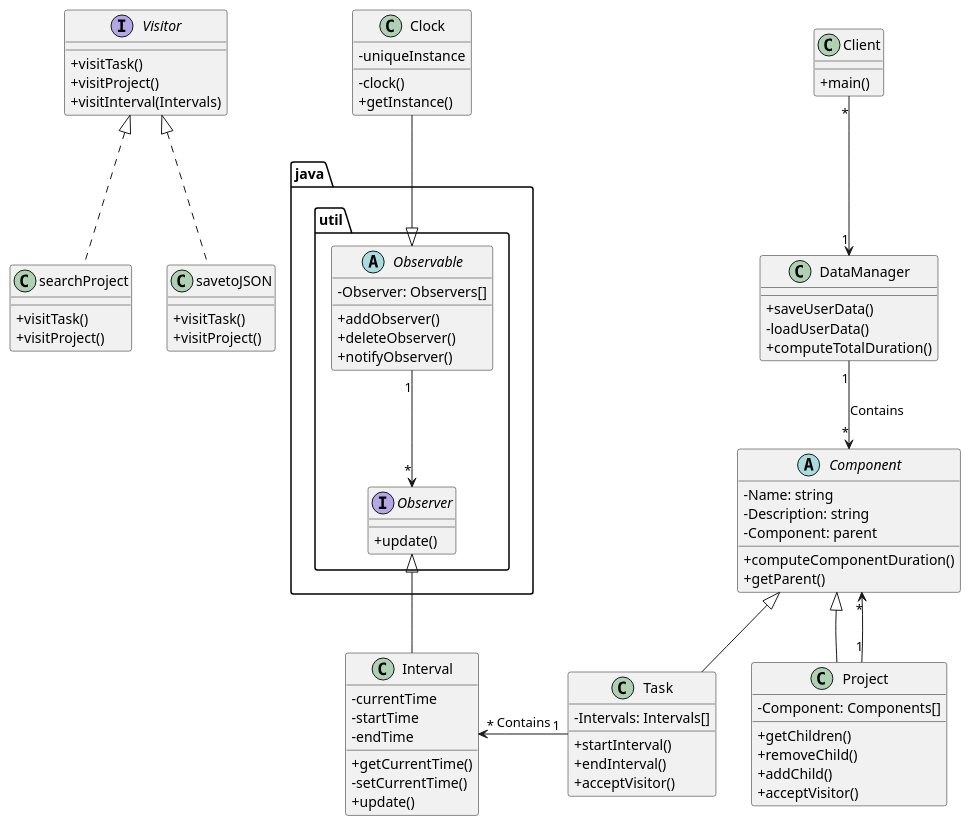
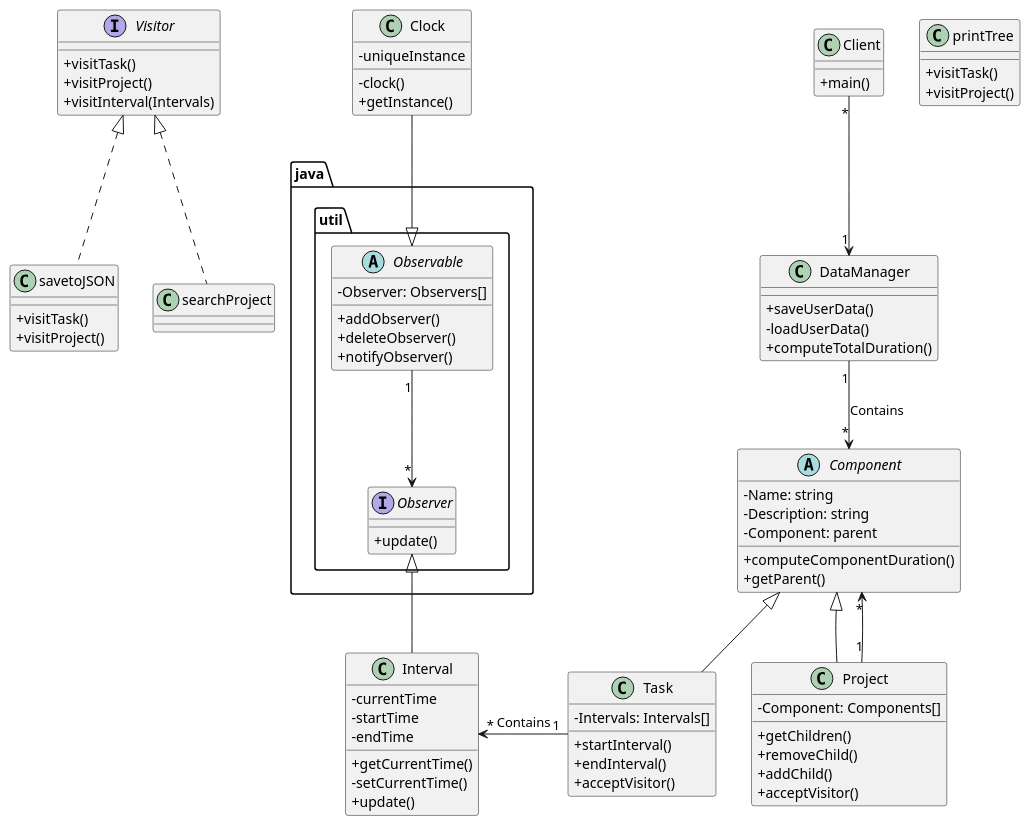
The diagram in Time_Tracker/DSTimeTracker.puml (quimcamprubi/DS_Time_Tracker), drawn with PlantUML before and after one commit. The commit also changed 10 other files, not shown here.

```diff
--- a/Time_Tracker/DSTimeTracker.puml
+++ b/Time_Tracker/DSTimeTracker.puml
@@ -1,98 +1,98 @@
 @startuml 
 
 skinparam classAttributeIconSize 0
 skinparam linetype polyline
 
 abstract class Component {
 - Name: string
 - Description: string
 - Component: parent
 + computeComponentDuration()
 + getParent()
 }
 
 class Project extends Component {
 - Component: Components[]
 + getChildren()
 + removeChild()
 + addChild()
 + acceptVisitor()
 }
 
 
 class Task extends Component {
 - Intervals: Intervals[]
 + startInterval()
 + endInterval()
 + acceptVisitor()
 }
 
 Interface Visitor{
 + visitTask()
 + visitProject()
 + visitInterval(Intervals)
 }
 
-class searchProject {
+class printTree {
 + visitTask()
 + visitProject()
 }
 
 class savetoJSON {
 + visitTask()
 + visitProject()
 }
 
 class Interval{
 - currentTime
 - startTime
 - endTime
 + getCurrentTime()
 - setCurrentTime()
 + update()
 
 }
 
 package java.util <<Folder>> {
     Interface Observer{
     + update()
     }
 
     abstract class Observable {
     - Observer: Observers[]
     + addObserver()
     + deleteObserver()
     + notifyObserver()
     }
 }
 
 
 class Clock {
 - uniqueInstance
 - clock()
 + getInstance()
 }
 
 class Client{
 + main()
 }
 
 class DataManager{  
 + saveUserData()
 - loadUserData()
 + computeTotalDuration()
 }
 
 
 DataManager "1" -down-> "*" Component: Contains
 Project "1" -up-> "*" Component
 Client "*" -down-> "1" DataManager
 Task "1" -left-> "*" Interval:Contains
 Clock -down-|> Observable
 Observable "1" -Down-> "*" Observer
 Interval -up-|> Observer
 Task -[hidden]right-> Project
 searchProject .up.|> Visitor
 savetoJSON .up.|> Visitor
 
 @enduml
```
